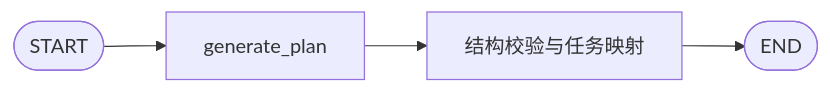
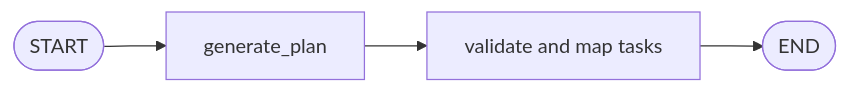
Before and after one commit to universero/InnoAgent: the second of 2 diagrams in plan.md, drawn with Mermaid. The commit also changed other lines of this file and 13 other files, not shown here.

Commit message:
docs: align architecture and knowledge guides

````diff
--- a/plan.md
+++ b/plan.md
@@ -133,6 +279,6 @@
 ```mermaid
 flowchart LR
-    PStart([START]) --> Generate[generate_plan]
-    Generate --> Validate[结构校验与任务映射]
-    Validate --> PEnd([END])
+    Start([START]) --> Generate[generate_plan]
+    Generate --> Validate[validate and map tasks]
+    Validate --> End([END])
 ```
````
